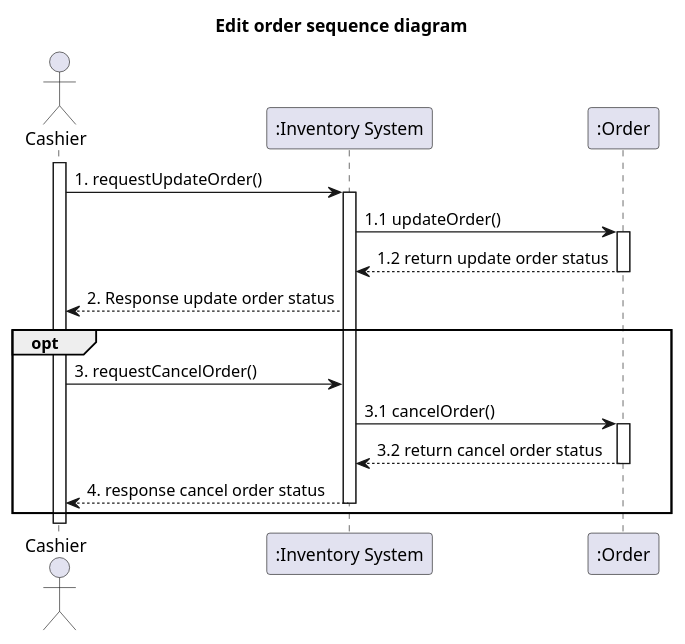
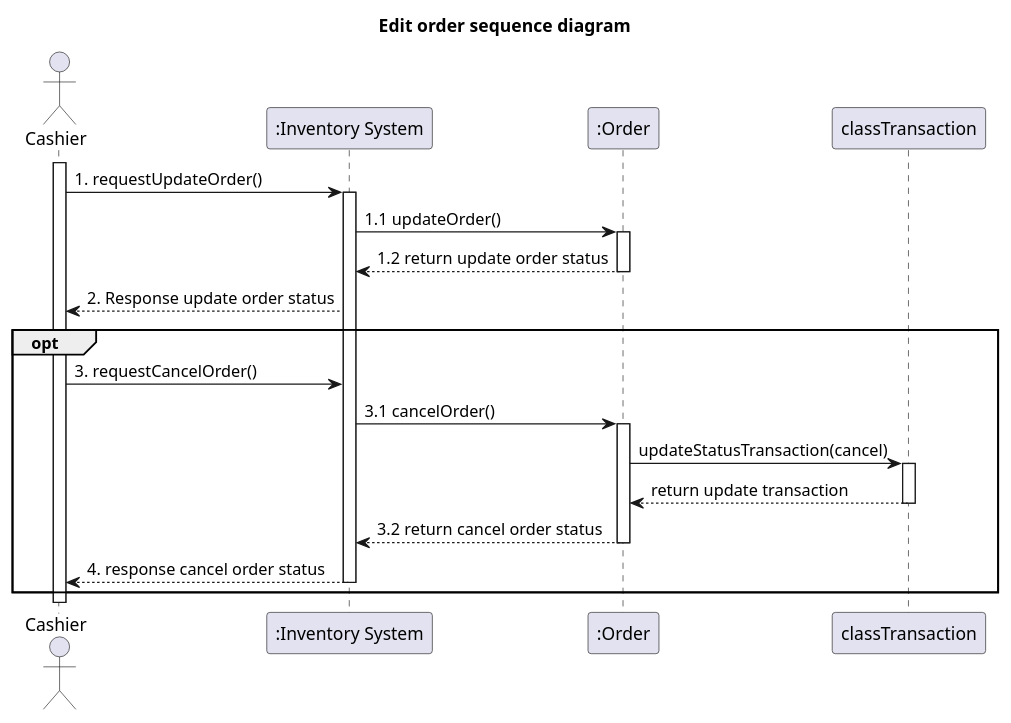
One commit to billowdev/inventory-system-plantuml-sequelize-seeder-example changed the diagram in system-analysis/sequence/_4_3_sequence-edit-order.puml. Above: the diagram before and after it, drawn with PlantUML. The commit also changed 6 other files, not shown here.

Commit message:
update class and sequence diagram

```diff
--- a/system-analysis/sequence/_4_3_sequence-edit-order.puml
+++ b/system-analysis/sequence/_4_3_sequence-edit-order.puml
@@ -1,38 +1,46 @@
 @startuml
 'example
 title Edit order sequence diagram
 
 actor Cashier as actorCashier
 participant ":Inventory System" as InventorySystem
 participant ":Order" as classOrder
 
 activate actorCashier
 
 actorCashier -> InventorySystem: 1. requestUpdateOrder()
 activate InventorySystem
 
 InventorySystem -> classOrder: 1.1 updateOrder()
 activate classOrder
 
 classOrder --> InventorySystem: 1.2 return update order status
 deactivate classOrder
 
 InventorySystem --> actorCashier : 2. Response update order status
 opt
 
 actorCashier -> InventorySystem: 3. requestCancelOrder()
 
 
+
 InventorySystem -> classOrder: 3.1 cancelOrder()
 activate classOrder
+
+classOrder -> classTransaction : updateStatusTransaction(cancel)
+activate classTransaction
+
+classTransaction --> classOrder : return update transaction
+deactivate classTransaction
+
 
 classOrder --> InventorySystem: 3.2 return cancel order status
 deactivate classOrder
 
 InventorySystem --> actorCashier: 4. response cancel order status
 deactivate InventorySystem
 
 end
 
 
 @enduml
```
